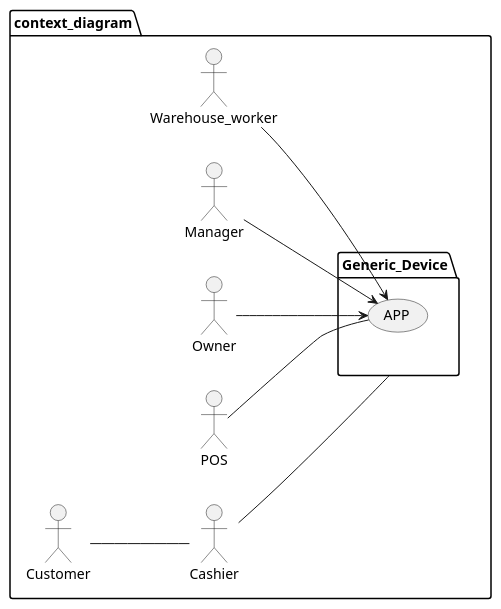
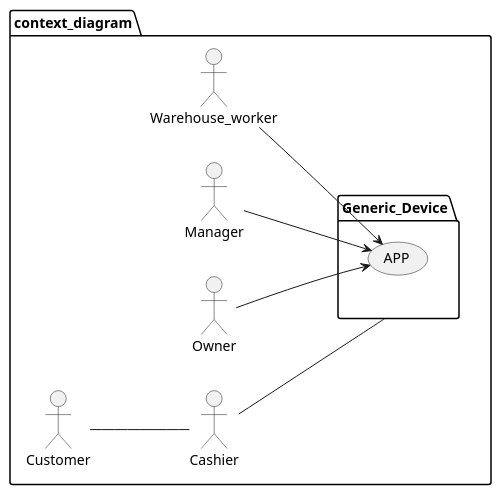
One commit to mkexc/ezshop changed the first of 5 diagrams in Deliverables/RequirementsDocument.md. Above: the diagram before and after it, drawn with PlantUML. The commit also changed other lines of this file, not shown here.

Commit message:
docs: added stories and personas, deployement diagram, system design, glossary; added new use cases

````diff
--- a/Deliverables/RequirementsDocument.md
+++ b/Deliverables/RequirementsDocument.md
@@ -57,23 +56,21 @@
 ```plantuml
 @startuml
 left to right direction
 package context_diagram {
 	actor Warehouse_worker as WW
 	actor Manager as MNG
 	actor Owner as OWN
 	actor Cashier as CSH
 	actor Customer as CST
-	actor POS
 	package Generic_Device {
 		usecase "APP" as APP
 	}
 	WW --> APP
 	MNG --> APP
 	OWN --> APP
 	CSH -- Generic_Device
 	CST -- CSH
-	POS -- APP
 }
 
 @enduml
 ```
````
